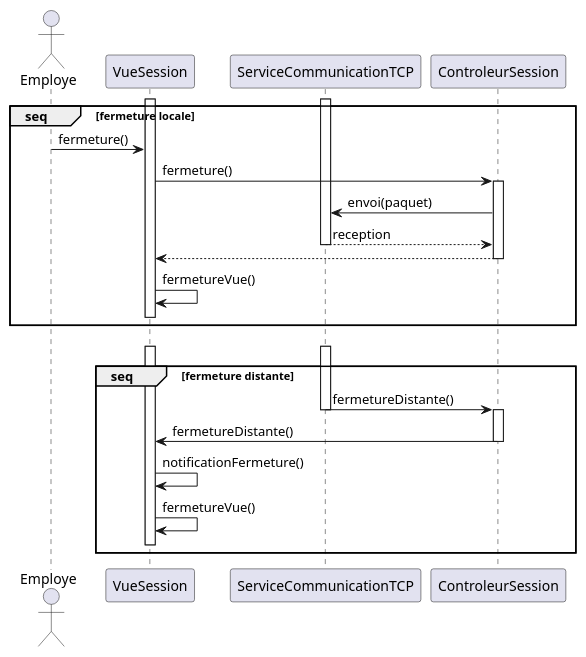
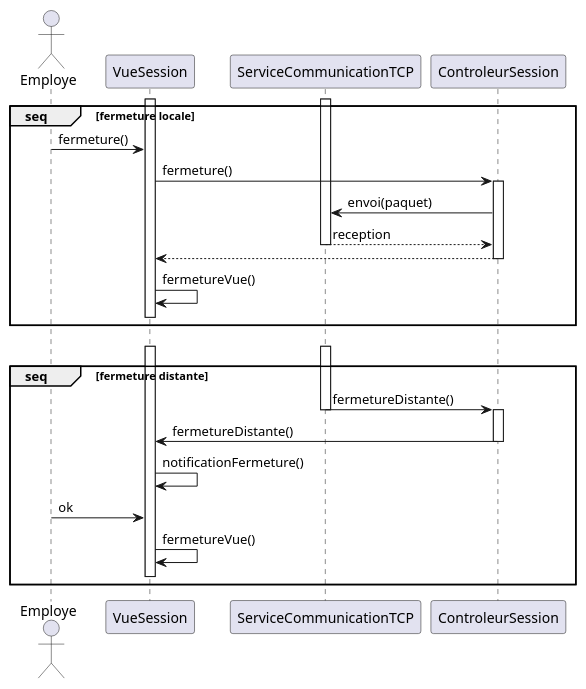
Before and after one commit to arc-hugo/clavardage_uml: the diagram in sequence/fermeture_session.wsd, drawn with PlantUML. The commit also changed 1 other file, not shown here.

Commit message:
correction fermeture session

```diff
--- a/sequence/fermeture_session.wsd
+++ b/sequence/fermeture_session.wsd
@@ -1,32 +1,33 @@
 @startuml fermeture_session
 actor Employe
 activate VueSession
 activate ServiceCommunicationTCP
 group seq [fermeture locale]
     Employe -> VueSession : fermeture()
     VueSession -> ControleurSession : fermeture()
     activate ControleurSession
     ControleurSession ->  ServiceCommunicationTCP : envoi(paquet)
     ServiceCommunicationTCP --> ControleurSession : reception
     deactivate ServiceCommunicationTCP
     ControleurSession --> VueSession
     deactivate ControleurSession
     VueSession -> VueSession : fermetureVue()
     VueSession [hidden]-> ServiceCommunicationTCP
     deactivate VueSession
 end
 VueSession [hidden]-> VueSession
 activate ServiceCommunicationTCP
 activate VueSession
 group seq [fermeture distante]
     ServiceCommunicationTCP -> ControleurSession : fermetureDistante()
     deactivate ServiceCommunicationTCP
     activate ControleurSession
     ControleurSession -> VueSession : fermetureDistante()
     deactivate ControleurSession
     VueSession -> VueSession : notificationFermeture()
+    Employe -> VueSession : ok
     VueSession -> VueSession : fermetureVue()
     VueSession [hidden]-> ServiceCommunicationTCP
     deactivate VueSession
 end
 @enduml
```
